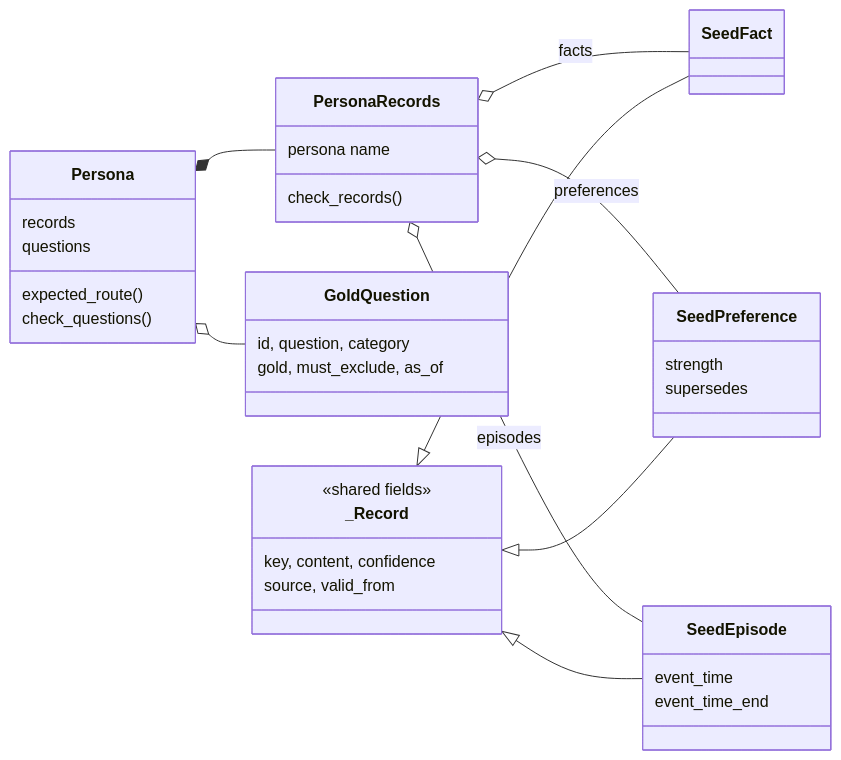
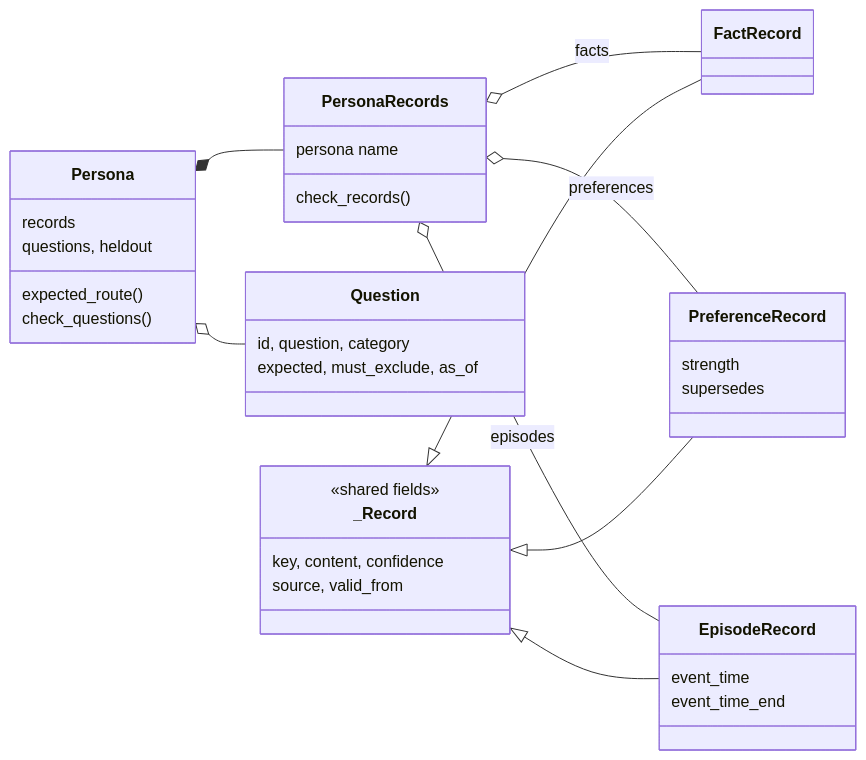
The seventh of 10 diagrams in README.md (ZiadHendawy/mutable), drawn with Mermaid before and after one commit. The commit also changed other lines of this file and 14 other files, not shown here.

````diff
--- a/README.md
+++ b/README.md
@@ -319,42 +319,42 @@
 ```mermaid
 classDiagram
     direction LR
 
     class Persona {
         records
-        questions
+        questions, heldout
         expected_route()
         check_questions()
     }
     class PersonaRecords {
         persona name
         check_records()
     }
-    class GoldQuestion {
+    class Question {
         id, question, category
-        gold, must_exclude, as_of
+        expected, must_exclude, as_of
     }
     class _Record {
         <<shared fields>>
         key, content, confidence
         source, valid_from
     }
-    class SeedFact
-    class SeedPreference {
+    class FactRecord
+    class PreferenceRecord {
         strength
         supersedes
     }
-    class SeedEpisode {
+    class EpisodeRecord {
         event_time
         event_time_end
     }
 
     Persona *-- PersonaRecords
-    Persona o-- GoldQuestion
-    PersonaRecords o-- SeedFact : facts
-    PersonaRecords o-- SeedPreference : preferences
-    PersonaRecords o-- SeedEpisode : episodes
-    _Record <|-- SeedFact
-    _Record <|-- SeedPreference
-    _Record <|-- SeedEpisode
+    Persona o-- Question
+    PersonaRecords o-- FactRecord : facts
+    PersonaRecords o-- PreferenceRecord : preferences
+    PersonaRecords o-- EpisodeRecord : episodes
+    _Record <|-- FactRecord
+    _Record <|-- PreferenceRecord
+    _Record <|-- EpisodeRecord
 ```
````
